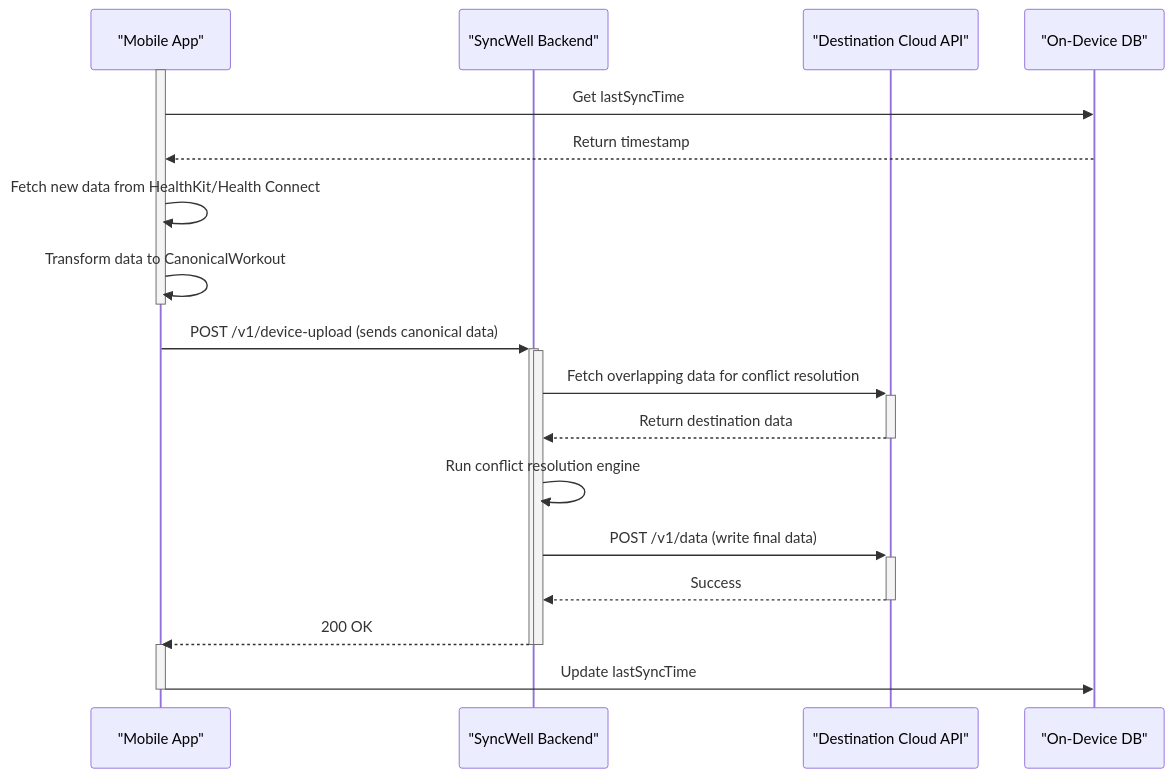
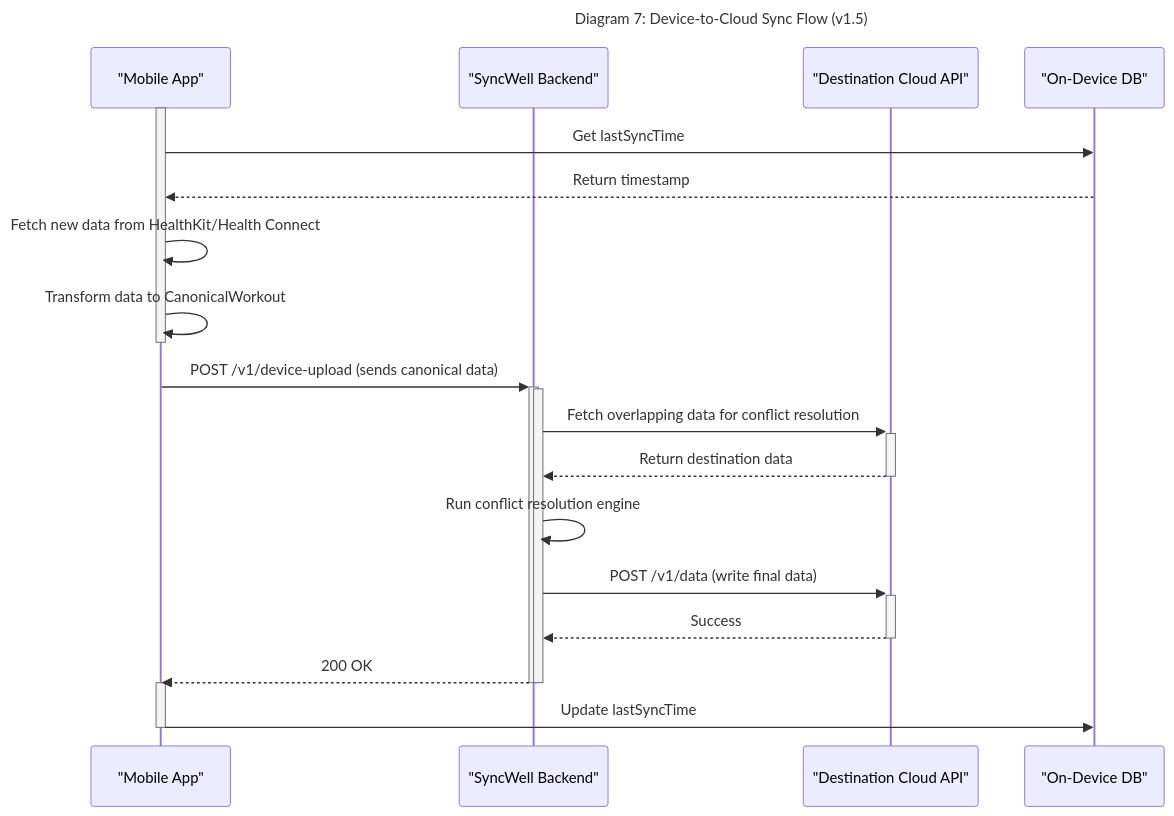
Diagram 14 of 15 in docs/architecture/06-technical-architecture.md (dino10bit/healthsync), drawn with Mermaid before and after one commit. The commit also changed other lines of this file, not shown here.

Commit message:
Decouple and refine architecture diagrams for clarity

````diff
--- a/docs/architecture/06-technical-architecture.md
+++ b/docs/architecture/06-technical-architecture.md
@@ -1328,28 +1346,31 @@
 ```mermaid
+---
+title: "Diagram 7: Device-to-Cloud Sync Flow (v1.5)"
+---
 sequenceDiagram
     participant MobileApp as "Mobile App"
     participant Backend as "SyncWell Backend"
     participant DestinationAPI as "Destination Cloud API"
     participant DeviceDB as "On-Device DB"
 
     activate MobileApp
     MobileApp->>DeviceDB: Get lastSyncTime
     DeviceDB-->>MobileApp: Return timestamp
     MobileApp->>MobileApp: Fetch new data from HealthKit/Health Connect
     MobileApp->>MobileApp: Transform data to CanonicalWorkout
     deactivate MobileApp
 
     MobileApp->>+Backend: POST /v1/device-upload (sends canonical data)
     activate Backend
     Backend->>+DestinationAPI: Fetch overlapping data for conflict resolution
     DestinationAPI-->>-Backend: Return destination data
     Backend->>Backend: Run conflict resolution engine
     Backend->>+DestinationAPI: POST /v1/data (write final data)
     DestinationAPI-->>-Backend: Success
     Backend-->>-MobileApp: 200 OK
     deactivate Backend
 
     activate MobileApp
     MobileApp->>DeviceDB: Update lastSyncTime
     deactivate MobileApp
 ```
````
